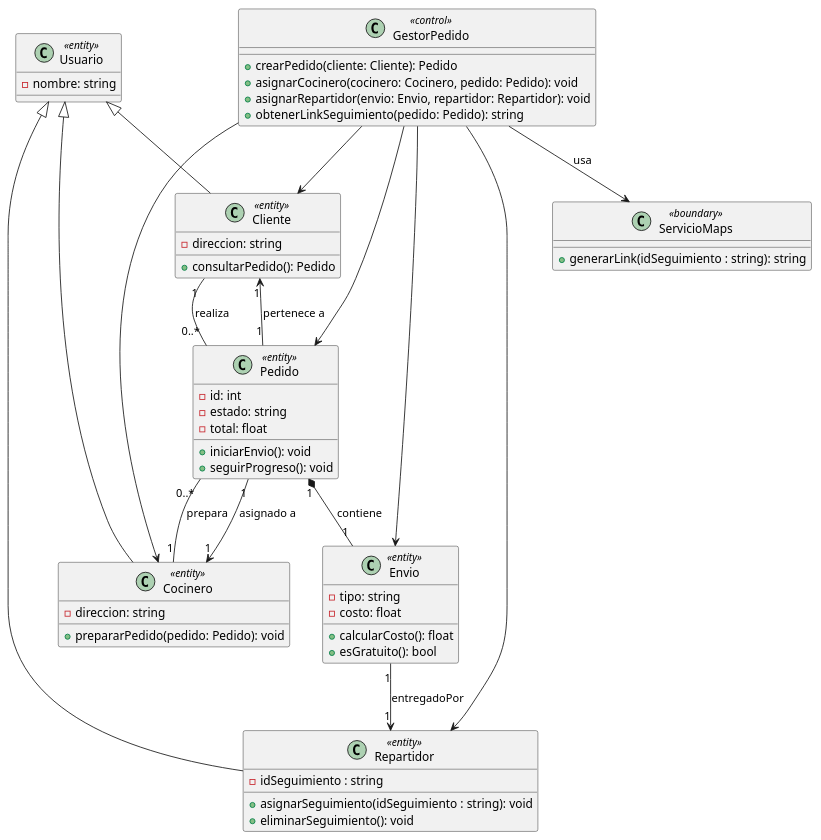
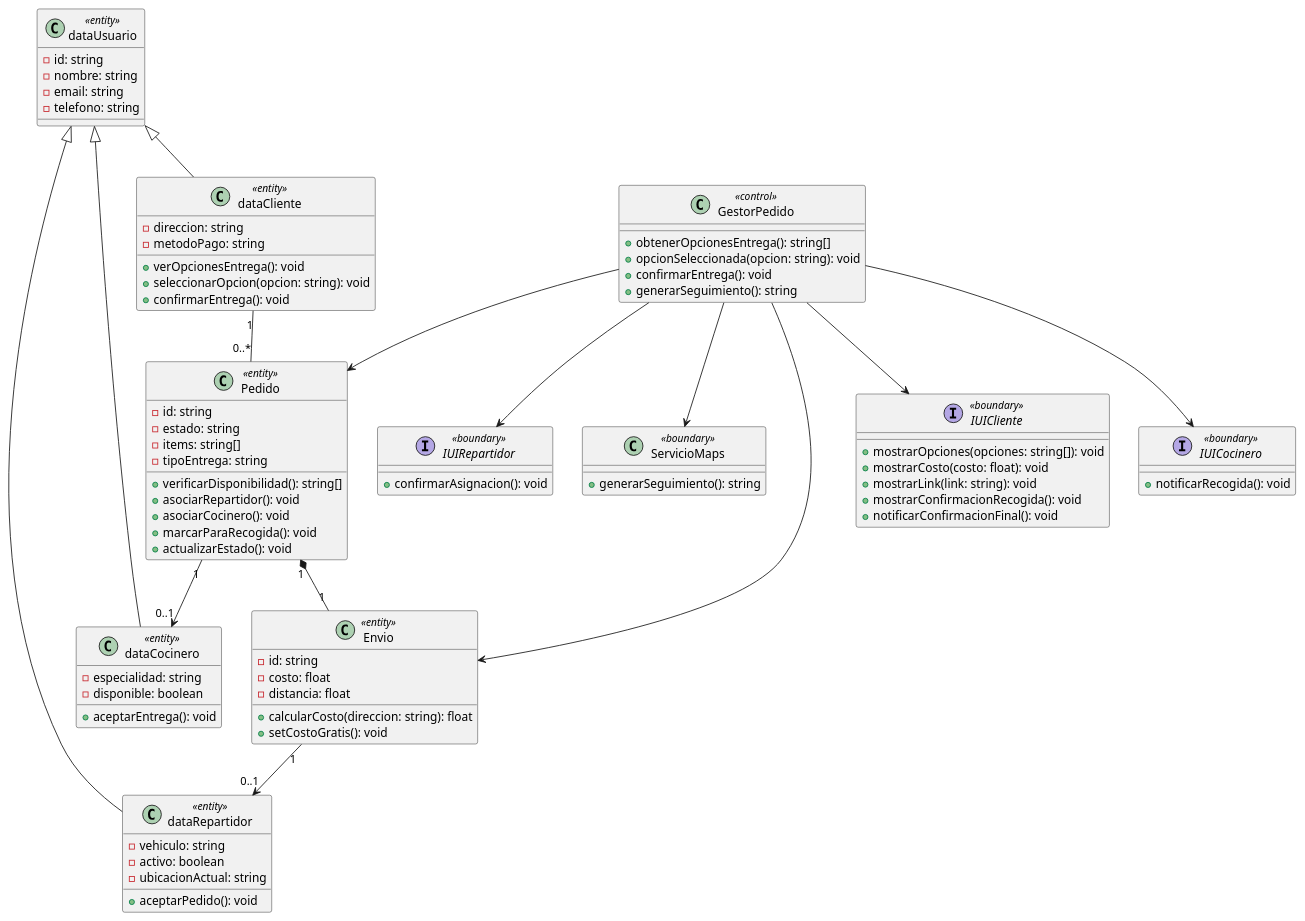
One commit to dabien3/ES25UAB-511-05 changed the diagram in documents/Diagrama Clases/CodeUML/bloq3.pUML. Above: the diagram before and after it, drawn with PlantUML.

Commit message:
Codigo del diagrama de clase del bloque 3 revisado

```diff
--- a/documents/Diagrama Clases/CodeUML/bloq3.pUML
+++ b/documents/Diagrama Clases/CodeUML/bloq3.pUML
@@ -1,66 +1,92 @@
 @startuml
-class Usuario <<entity>> {
+class dataUsuario <<entity>> {
+    -id: string
     -nombre: string
+    -email: string
+    -telefono: string
 }
 
-class Cliente <<entity>> {
+class dataCliente <<entity>> {
     -direccion: string
-    +consultarPedido(): Pedido
+    -metodoPago: string
+    +verOpcionesEntrega(): void
+    +seleccionarOpcion(opcion: string): void
+    +confirmarEntrega(): void
 }
 
-class Cocinero <<entity>> {
-    -direccion: string
-    +prepararPedido(pedido: Pedido): void
+class dataCocinero <<entity>> {
+    -especialidad: string
+    -disponible: boolean
+    +aceptarEntrega(): void
 }
 
-class Repartidor <<entity>> {
-    -idSeguimiento : string
-    +asignarSeguimiento(idSeguimiento : string): void
-    +eliminarSeguimiento(): void
-
+class dataRepartidor <<entity>> {
+    -vehiculo: string
+    -activo: boolean
+    -ubicacionActual: string
+    +aceptarPedido(): void
 }
 
-Usuario <|-- Cliente
-Usuario <|-- Cocinero
-Usuario <|-- Repartidor
+dataUsuario <|-- dataCliente
+dataUsuario <|-- dataCocinero
+dataUsuario <|-- dataRepartidor
 
 class Pedido <<entity>> {
-    -id: int
+    -id: string
     -estado: string
-    -total: float
-    +iniciarEnvio(): void
-    +seguirProgreso(): void
+    -items: string[]
+    -tipoEntrega: string
+    +verificarDisponibilidad(): string[]
+    +asociarRepartidor(): void
+    +asociarCocinero(): void
+    +marcarParaRecogida(): void
+    +actualizarEstado(): void
 }
 
 class Envio <<entity>> {
-    -tipo: string
+    -id: string
     -costo: float
-    +calcularCosto(): float
-    +esGratuito(): bool
+    -distancia: float
+    +calcularCosto(direccion: string): float
+    +setCostoGratis(): void
+}
+
+interface IUICliente <<boundary>> {
+    +mostrarOpciones(opciones: string[]): void
+    +mostrarCosto(costo: float): void
+    +mostrarLink(link: string): void
+    +mostrarConfirmacionRecogida(): void
+    +notificarConfirmacionFinal(): void
+}
+
+interface IUICocinero <<boundary>> {
+    +notificarRecogida(): void
+}
+
+interface IUIRepartidor <<boundary>> {
+    +confirmarAsignacion(): void
 }
 
 class GestorPedido <<control>> {
-    +crearPedido(cliente: Cliente): Pedido
-    +asignarCocinero(cocinero: Cocinero, pedido: Pedido): void
-    +asignarRepartidor(envio: Envio, repartidor: Repartidor): void
-    +obtenerLinkSeguimiento(pedido: Pedido): string
+    +obtenerOpcionesEntrega(): string[]
+    +opcionSeleccionada(opcion: string): void
+    +confirmarEntrega(): void
+    +generarSeguimiento(): string
 }
 
 class ServicioMaps <<boundary>> {
-    +generarLink(idSeguimiento : string): string
+    +generarSeguimiento(): string
 }
 
+dataCliente "1" -- "0..*" Pedido
+Pedido "1" *-- "1" Envio
+Envio "1" --> "0..1" dataRepartidor
+Pedido "1" --> "0..1" dataCocinero
 
-Cliente "1" -- "0..*" Pedido : realiza
-Pedido "1" --> "1" Cliente : pertenece a
-Cocinero "1" -- "0..*" Pedido : prepara
-Pedido "1" --> "1" Cocinero : asignado a
-Pedido "1" *-- "1" Envio : contiene
-Envio "1" --> "1" Repartidor : entregadoPor
 GestorPedido --> Pedido
-GestorPedido --> Cliente
-GestorPedido --> Cocinero
 GestorPedido --> Envio
-GestorPedido --> Repartidor
-GestorPedido --> ServicioMaps : usa
+GestorPedido --> IUICliente
+GestorPedido --> IUICocinero
+GestorPedido --> IUIRepartidor
+GestorPedido --> ServicioMaps
 @enduml
```
